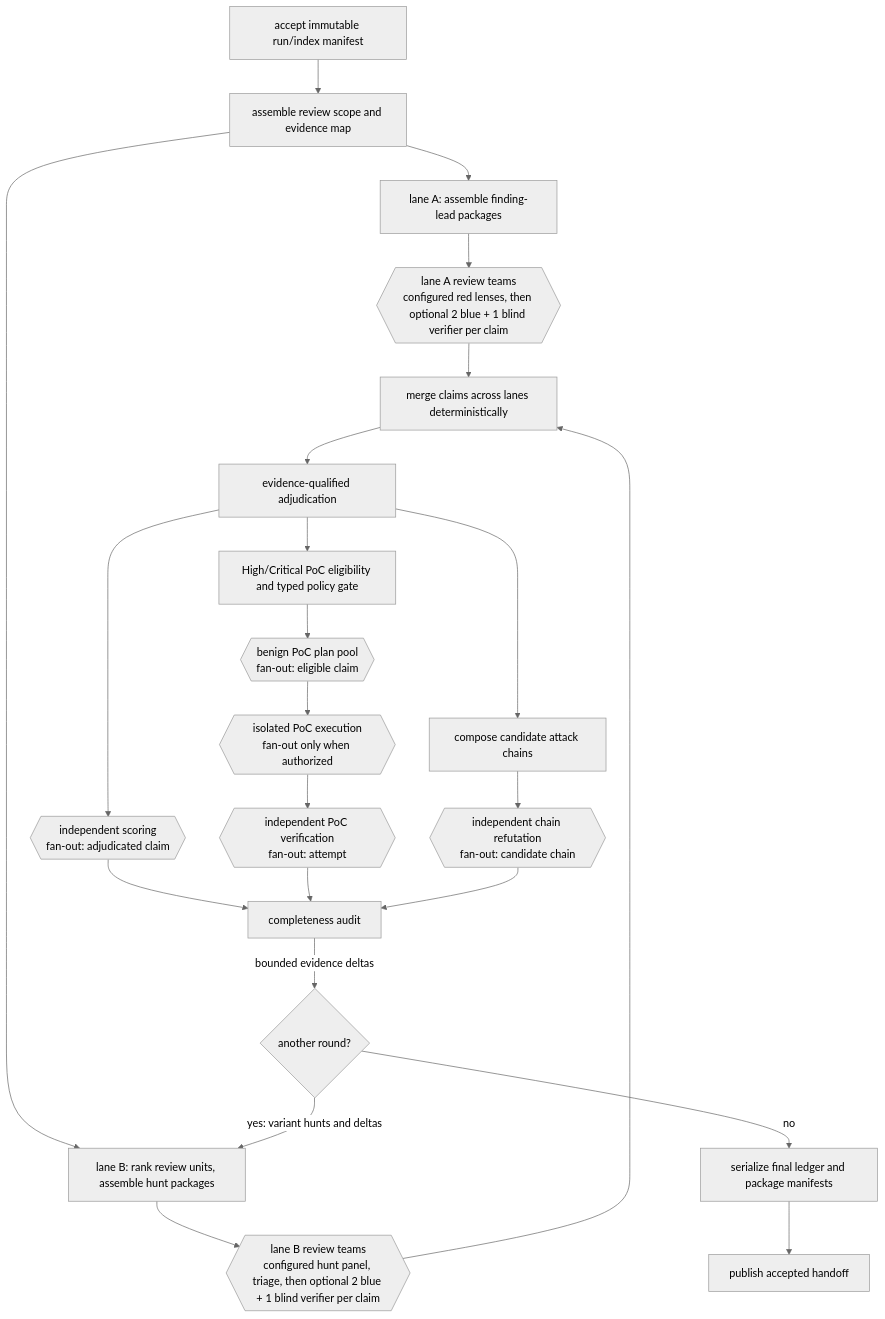
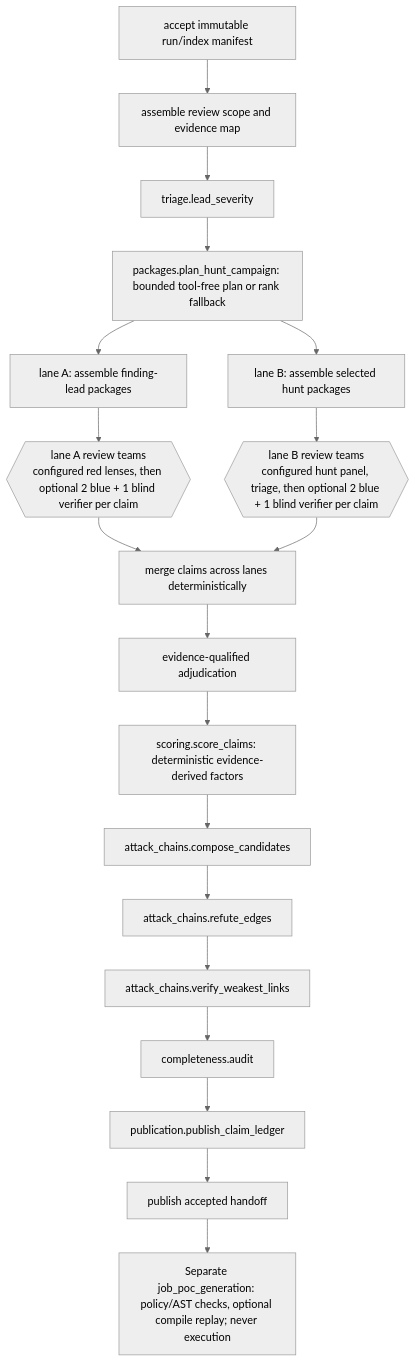
The first of 4 diagrams in docs/architecture/inference-security-review.md (wsollers/appsec-review), drawn with Mermaid (neutral theme) before and after one commit. The commit also changed other lines of this file and 24 other files, not shown here.

First line of the commit message:
Reconcile review and evidence architecture documentation

````diff
--- a/docs/architecture/inference-security-review.md
+++ b/docs/architecture/inference-security-review.md
@@ -153,25 +158,21 @@
 ```mermaid
 flowchart TD
   A[accept immutable run/index manifest] --> B[assemble review scope and evidence map]
-  B --> C1[lane A: assemble finding-lead packages]
-  B --> C2[lane B: rank review units, assemble hunt packages]
+  B --> T[triage.lead_severity]
+  T --> HP[packages.plan_hunt_campaign: bounded tool-free plan or rank fallback]
+  HP --> C1[lane A: assemble finding-lead packages]
+  HP --> C2[lane B: assemble selected hunt packages]
   C1 --> D1{{lane A review teams\nconfigured red lenses, then optional 2 blue + 1 blind verifier per claim}}
   C2 --> D2{{lane B review teams\nconfigured hunt panel, triage, then optional 2 blue + 1 blind verifier per claim}}
   D1 --> E[merge claims across lanes deterministically]
   D2 --> E
   E --> H[evidence-qualified adjudication]
-  H --> I{{independent scoring\nfan-out: adjudicated claim}}
-  H --> J[High/Critical PoC eligibility and typed policy gate]
-  J --> K{{benign PoC plan pool\nfan-out: eligible claim}}
-  K --> L{{isolated PoC execution\nfan-out only when authorized}}
-  L --> M{{independent PoC verification\nfan-out: attempt}}
-  H --> N[compose candidate attack chains]
-  N --> O{{independent chain refutation\nfan-out: candidate chain}}
-  I --> P[completeness audit]
-  M --> P
-  O --> P
-  P -->|bounded evidence deltas| Q{another round?}
-  Q -->|yes: variant hunts and deltas| C2
-  Q -->|no| R[serialize final ledger and package manifests]
+  H --> I[scoring.score_claims: deterministic evidence-derived factors]
+  I --> N[attack_chains.compose_candidates]
+  N --> O[attack_chains.refute_edges]
+  O --> W[attack_chains.verify_weakest_links]
+  W --> P[completeness.audit]
+  P --> R[publication.publish_claim_ledger]
   R --> S[publish accepted handoff]
+  S --> PC[Separate job_poc_generation: policy/AST checks, optional compile replay; never execution]
 ```
````
